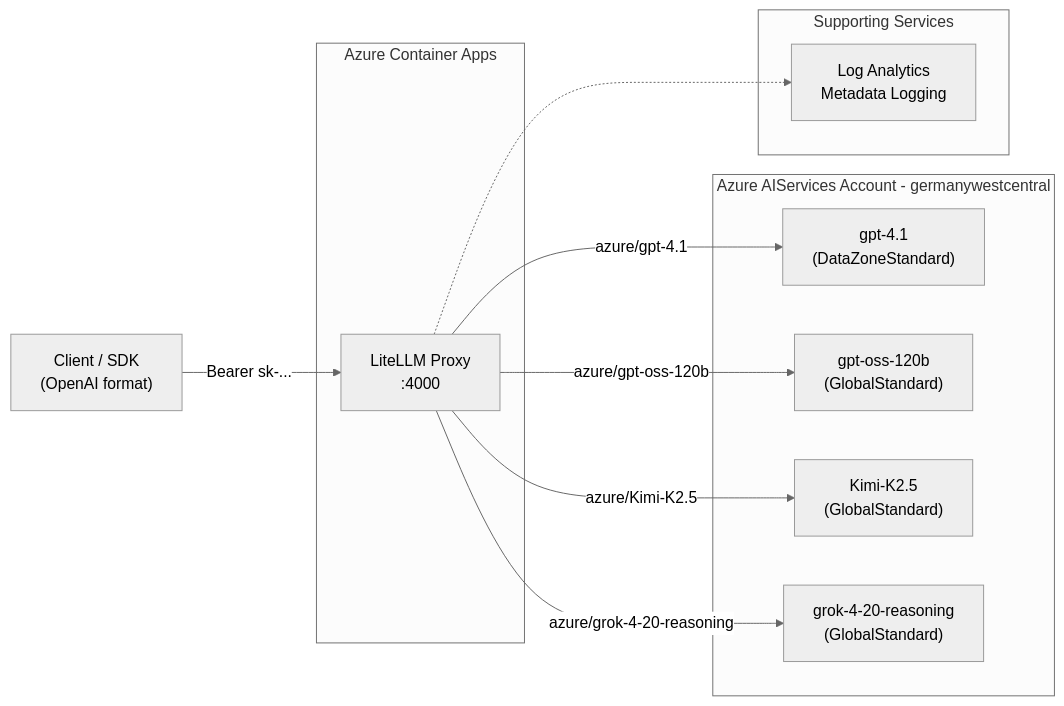
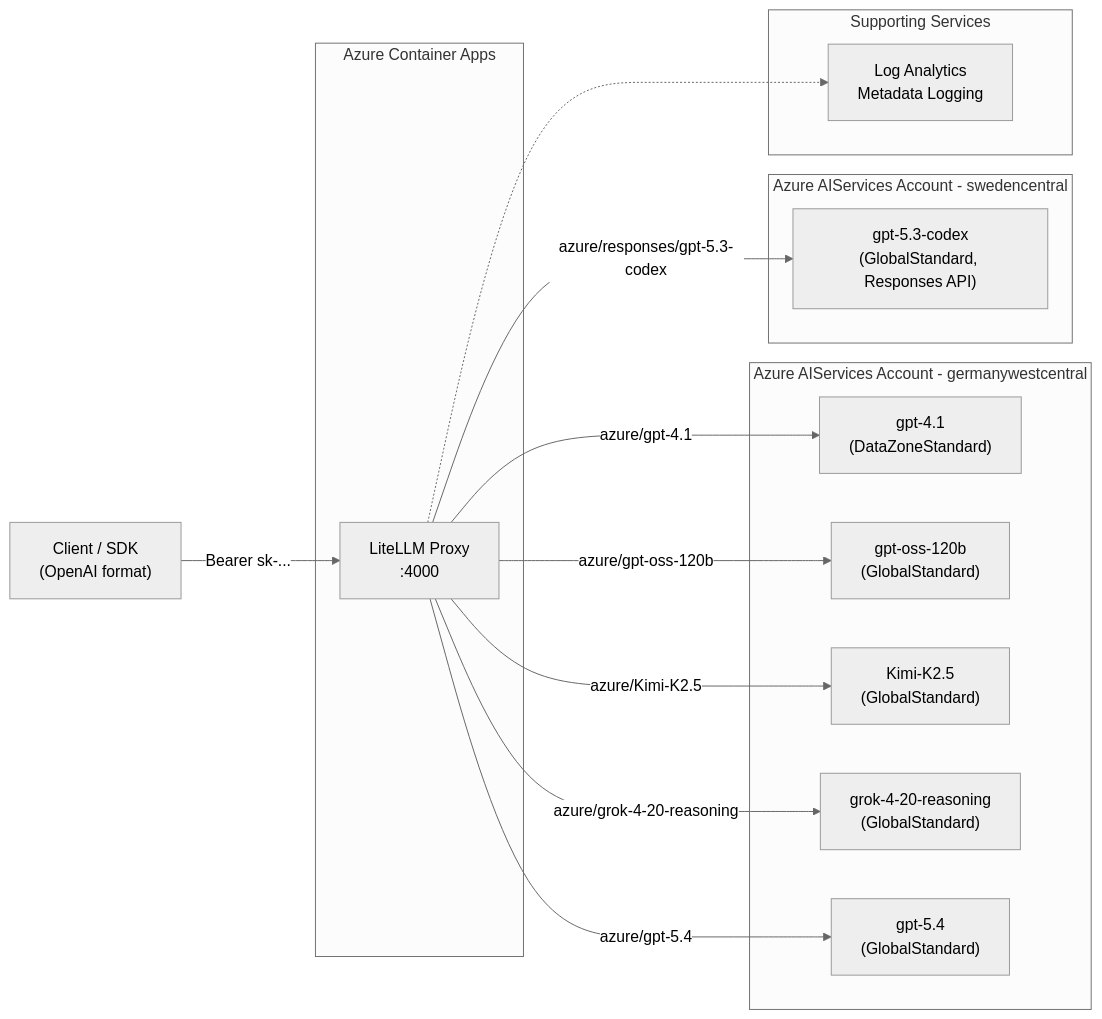
One commit to semidark/azure-lit changed the diagram in README.md. Above: the diagram before and after it, drawn with Mermaid (neutral theme). The commit also changed other lines of this file and 6 other files, not shown here.

Commit message:
docs: sync documentation with current LiteLLM deployment

````diff
--- a/README.md
+++ b/README.md
@@ -153,26 +159,33 @@
 ```mermaid
 graph LR
     Client["Client / SDK<br/>(OpenAI format)"] -->|Bearer sk-...| LiteLLM
 
     subgraph Azure Container Apps
         LiteLLM["LiteLLM Proxy<br/>:4000"]
     end
 
     subgraph Azure AIServices Account - germanywestcentral
         GPT41["gpt-4.1<br/>(DataZoneStandard)"]
         OSS["gpt-oss-120b<br/>(GlobalStandard)"]
         Kimi["Kimi-K2.5<br/>(GlobalStandard)"]
         Grok["grok-4-20-reasoning<br/>(GlobalStandard)"]
+        GPT54["gpt-5.4<br/>(GlobalStandard)"]
+    end
+
+    subgraph Azure AIServices Account - swedencentral
+        Codex["gpt-5.3-codex<br/>(GlobalStandard, Responses API)"]
     end
 
     LiteLLM -->|azure/gpt-4.1| GPT41
     LiteLLM -->|azure/gpt-oss-120b| OSS
     LiteLLM -->|azure/Kimi-K2.5| Kimi
     LiteLLM -->|azure/grok-4-20-reasoning| Grok
+    LiteLLM -->|azure/gpt-5.4| GPT54
+    LiteLLM -->|azure/responses/gpt-5.3-codex| Codex
 
     subgraph Supporting Services
         LA["Log Analytics<br/>Metadata Logging"]
     end
 
     LiteLLM -.-> LA
 ```
````
